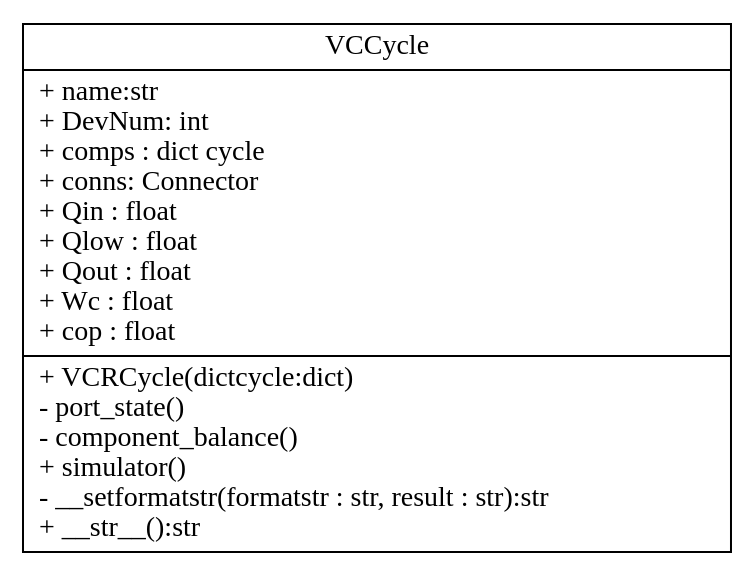
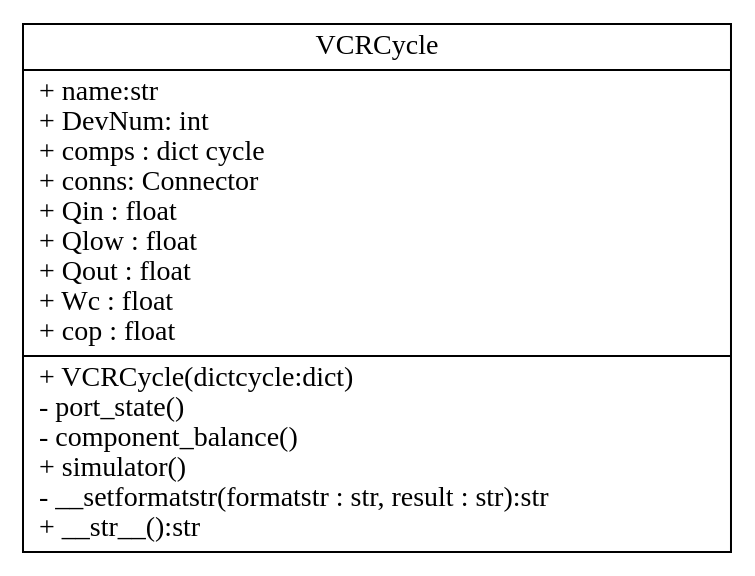
One commit to thermalogic/SimVCCE changed the diagram in uml/vcc/vcrcycle.dot. Above: the diagram before and after it, drawn with Graphviz. The commit also changed 6 other files, not shown here.

```diff
--- a/uml/vcc/vcrcycle.dot
+++ b/uml/vcc/vcrcycle.dot
@@ -1,21 +1,21 @@
 digraph "classes" {
 rankdir=BT
 charset="utf-8"
 "vcc.vccobj.VCRCycle" [
        color="black", fontcolor="black", 
-      label="{VCCycle|
+      label="{VCRCycle|
        + name:str\l 
        + DevNum: int\l
        + comps : dict cycle\l 
        + conns: Connector\l
        + Qin : float\l 
        + Qlow : float\l
        + Qout : float\l 
        + Wc : float\l + cop : float\l|
        + VCRCycle(dictcycle:dict)\l
        - port_state()\l 
        - component_balance()\l 
        + simulator()\l 
        - __setformatstr(formatstr : str, result : str):str\l
        + __str__():str\l}", shape="record", style="solid"];
 }
```
